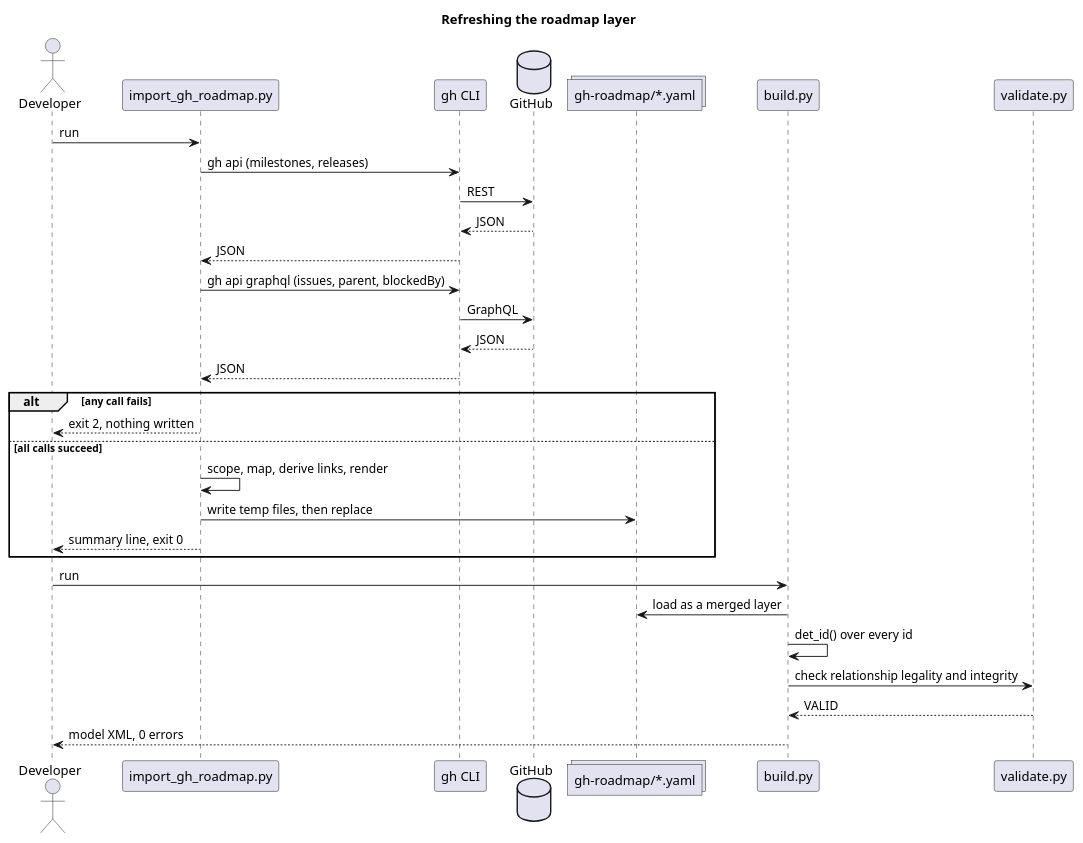
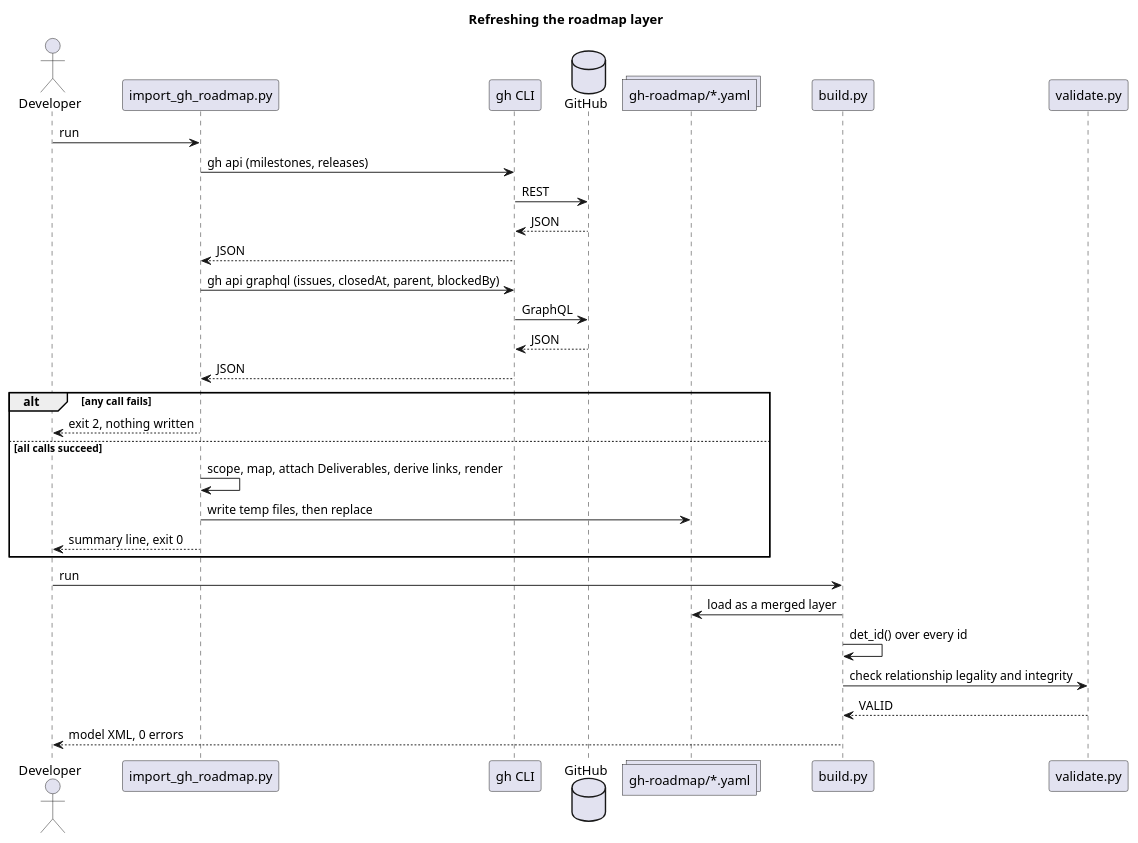
Before and after one commit to wolffy-au/frictionless-architect: the diagram in specs/003-gh-roadmap-archimate/contracts/importer-cli.md, drawn with PlantUML. The commit also changed other lines of this file and 4 other files, not shown here.

````diff
--- a/specs/003-gh-roadmap-archimate/contracts/importer-cli.md
+++ b/specs/003-gh-roadmap-archimate/contracts/importer-cli.md
@@ -21,36 +21,36 @@
 ```plantuml
 @startuml
 title Refreshing the roadmap layer
 actor Developer
 participant "import_gh_roadmap.py" as Imp
 participant "gh CLI" as GH
 database "GitHub" as API
 collections "gh-roadmap/*.yaml" as Layer
 participant "build.py" as Build
 participant "validate.py" as Val
 
 Developer -> Imp : run
 Imp -> GH : gh api (milestones, releases)
 GH -> API : REST
 API --> GH : JSON
 GH --> Imp : JSON
-Imp -> GH : gh api graphql (issues, parent, blockedBy)
+Imp -> GH : gh api graphql (issues, closedAt, parent, blockedBy)
 GH -> API : GraphQL
 API --> GH : JSON
 GH --> Imp : JSON
 alt any call fails
   Imp --> Developer : exit 2, nothing written
 else all calls succeed
-  Imp -> Imp : scope, map, derive links, render
+  Imp -> Imp : scope, map, attach Deliverables, derive links, render
   Imp -> Layer : write temp files, then replace
   Imp --> Developer : summary line, exit 0
 end
 
 Developer -> Build : run
 Build -> Layer : load as a merged layer
 Build -> Build : det_id() over every id
 Build -> Val : check relationship legality and integrity
 Val --> Build : VALID
 Build --> Developer : model XML, 0 errors
 @enduml
 ```
````
